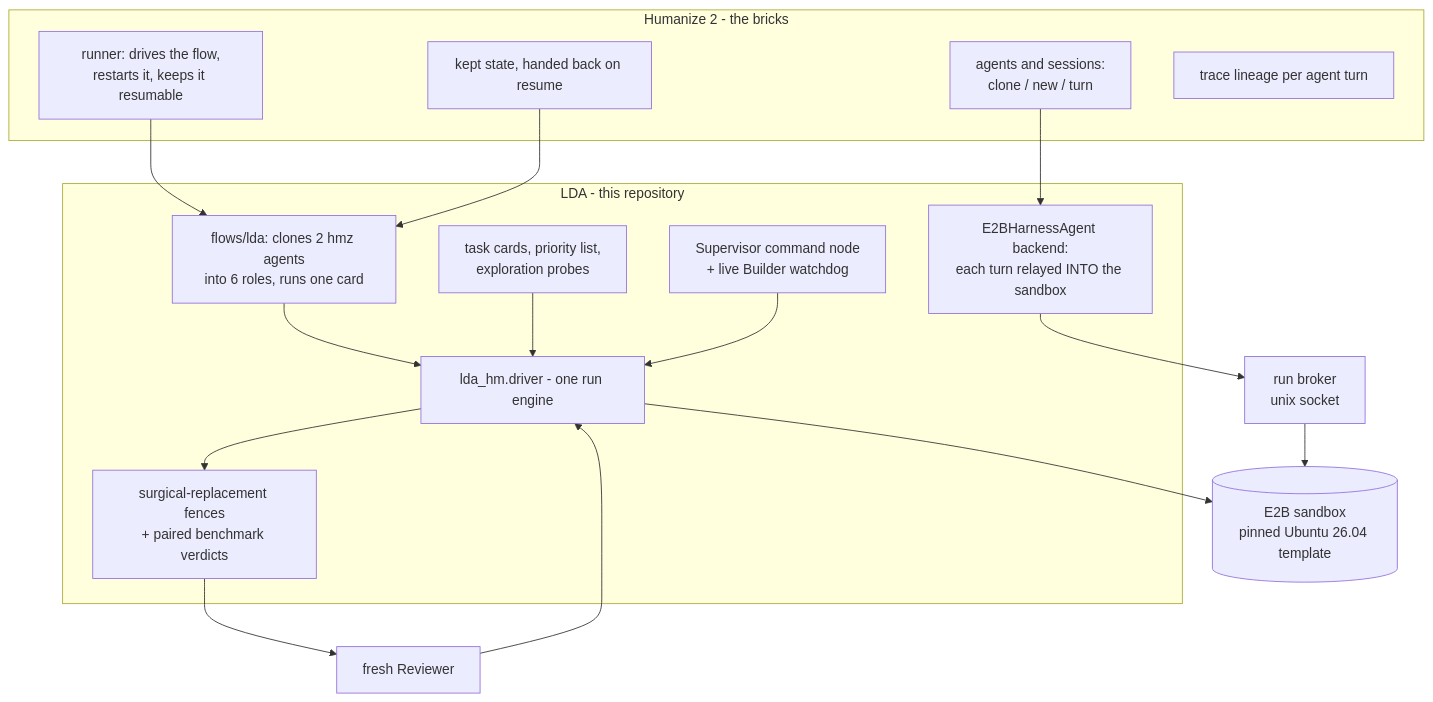
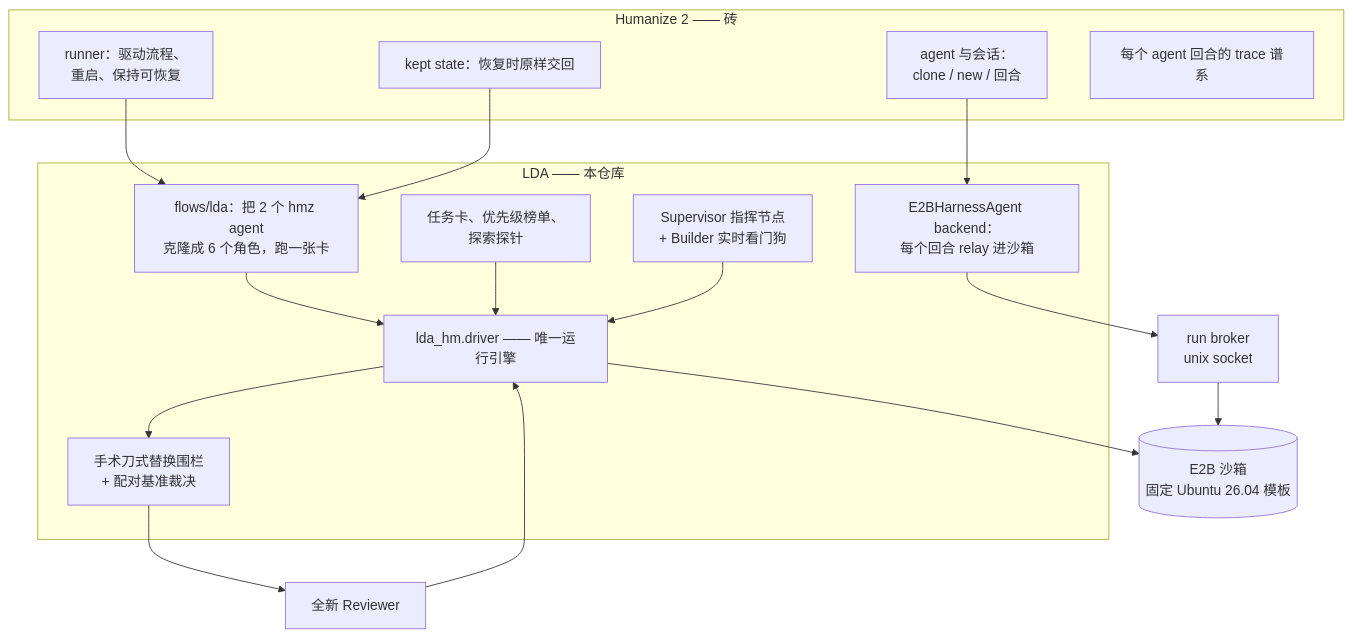
The first of 3 diagrams in README.md (yisun219/LDA-HM-AS), drawn with Mermaid before and after one commit. The commit also changed other lines of this file and 1 other file, not shown here.

````diff
--- a/README.md
+++ b/README.md
@@ -122,29 +106,29 @@
 ```mermaid
 flowchart TD
-  subgraph HMZ[Humanize 2 - the bricks]
-    RUN[runner: drives the flow,<br/>restarts it, keeps it resumable]
-    AG[agents and sessions:<br/>clone / new / turn]
-    ST[kept state, handed back on resume]
-    TR[trace lineage per agent turn]
+  subgraph HMZ[Humanize 2 —— 砖]
+    RUN[runner：驱动流程、<br/>重启、保持可恢复]
+    AG[agent 与会话：<br/>clone / new / 回合]
+    ST[kept state：恢复时原样交回]
+    TR[每个 agent 回合的 trace 谱系]
   end
-  subgraph LDA[LDA - this repository]
-    FLOW[flows/lda: clones 2 hmz agents<br/>into 6 roles, runs one card]
-    BK[E2BHarnessAgent backend:<br/>each turn relayed INTO the sandbox]
-    DRV[lda_hm.driver - one run engine]
-    FEN[surgical-replacement fences<br/>+ paired benchmark verdicts]
-    SUP[Supervisor command node<br/>+ live Builder watchdog]
-    CARD[task cards, priority list,<br/>exploration probes]
+  subgraph LDA[LDA —— 本仓库]
+    FLOW[flows/lda：把 2 个 hmz agent<br/>克隆成 6 个角色，跑一张卡]
+    BK[E2BHarnessAgent backend：<br/>每个回合 relay 进沙箱]
+    DRV[lda_hm.driver —— 唯一运行引擎]
+    FEN[手术刀式替换围栏<br/>+ 配对基准裁决]
+    SUP[Supervisor 指挥节点<br/>+ Builder 实时看门狗]
+    CARD[任务卡、优先级榜单、<br/>探索探针]
   end
   RUN --> FLOW
   AG --> BK
   ST --> FLOW
   FLOW --> DRV
   BK --> BRK[run broker<br/>unix socket]
-  BRK --> SBX[(E2B sandbox<br/>pinned Ubuntu 26.04 template)]
+  BRK --> SBX[(E2B 沙箱<br/>固定 Ubuntu 26.04 模板)]
   DRV --> SBX
   CARD --> DRV
   DRV --> FEN
-  FEN --> REV[fresh Reviewer]
+  FEN --> REV[全新 Reviewer]
   REV --> DRV
   SUP --> DRV
 ```
````
